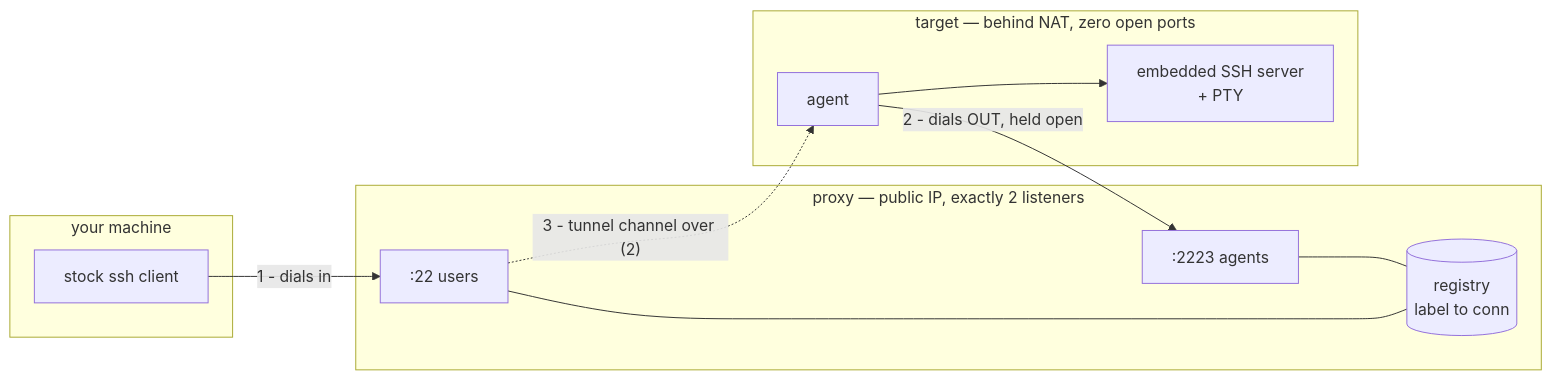
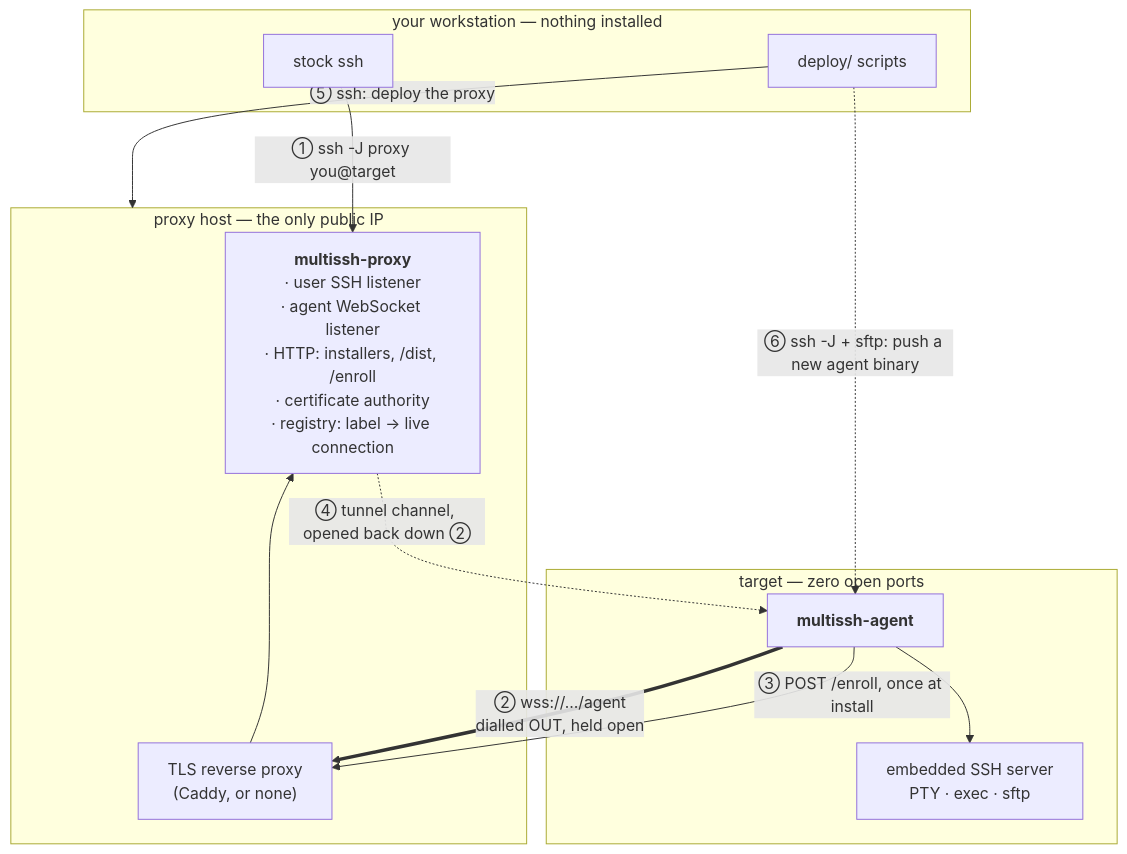
The third of 4 diagrams in README.md (tizianerlenberg/multiSSH), drawn with Mermaid before and after one commit. The commit also changed other lines of this file, not shown here.

````diff
--- a/README.md
+++ b/README.md
@@ -94,22 +101,26 @@
 ```mermaid
-flowchart LR
-    subgraph you["your machine"]
-        C["stock ssh client"]
-    end
-    subgraph px["proxy — public IP, exactly 2 listeners"]
-        U[":22 users"]
-        A[":2223 agents"]
-        R[("registry<br/>label to conn")]
-    end
-    subgraph tgt["target — behind NAT, zero open ports"]
-        AG["agent"]
-        E["embedded SSH server<br/>+ PTY"]
+flowchart TB
+    subgraph ws["your workstation — nothing installed"]
+        SSH["stock ssh"]
+        DEP["deploy/ scripts"]
     end
 
-    C -->|"1 - dials in"| U
-    AG -->|"2 - dials OUT, held open"| A
-    U --- R
-    A --- R
-    U -.->|"3 - tunnel channel over (2)"| AG
-    AG --> E
+    subgraph host["proxy host — the only public IP"]
+        RP["TLS reverse proxy<br/>(Caddy, or none)"]
+        P["<b>multissh-proxy</b><br/>· user SSH listener<br/>· agent WebSocket listener<br/>· HTTP: installers, /dist, /enroll<br/>· certificate authority<br/>· registry: label → live connection"]
+    end
+
+    subgraph tgt["target — zero open ports"]
+        AG["<b>multissh-agent</b>"]
+        EM["embedded SSH server<br/>PTY · exec · sftp"]
+    end
+
+    SSH -->|"① ssh -J proxy you@target"| P
+    AG ==>|"② wss://…/agent<br/>dialled OUT, held open"| RP
+    AG -->|"③ POST /enroll, once at install"| RP
+    RP --> P
+    P -.->|"④ tunnel channel, opened back down ②"| AG
+    AG --> EM
+    DEP -->|"⑤ ssh: deploy the proxy"| host
+    DEP -.->|"⑥ ssh -J + sftp: push a new agent binary"| AG
 ```
````
